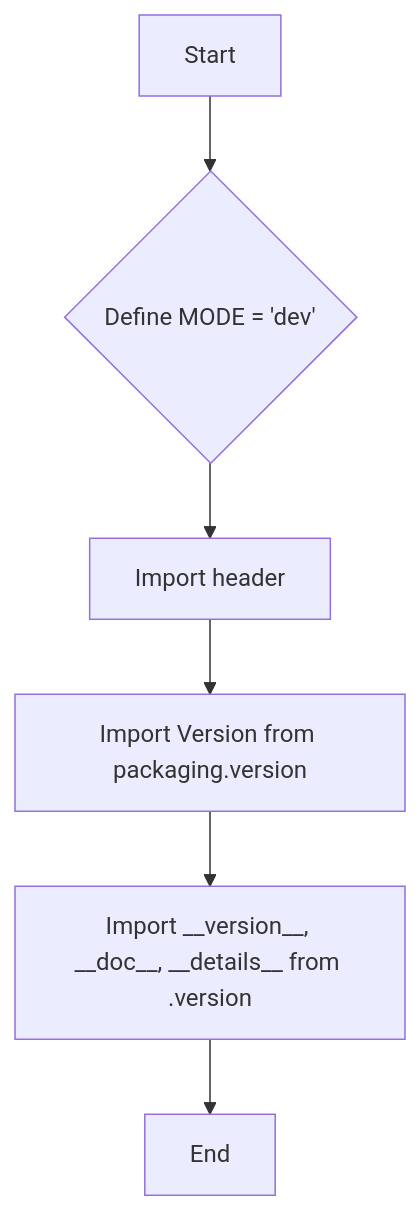
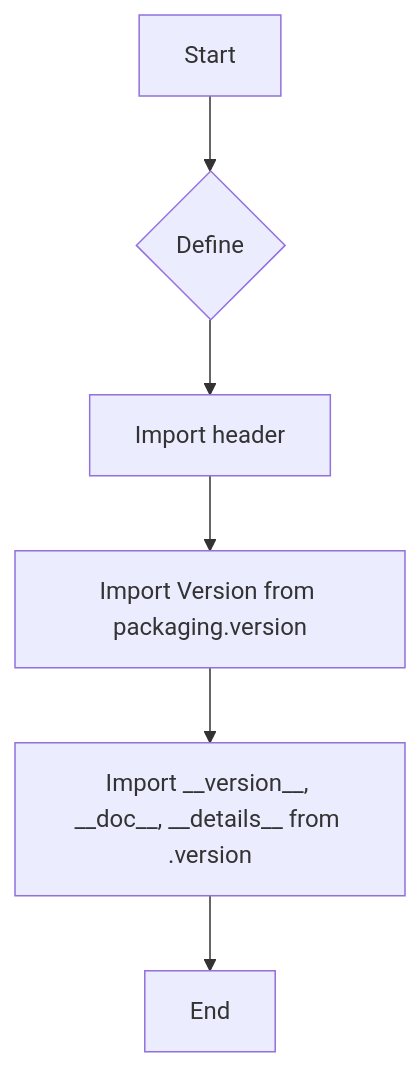
The first of 3 diagrams in docs/gemini/ru/explainer/src/templates/__init__.py.md (hypo69/hypo), drawn with Mermaid before and after one commit. The commit also changed other lines of this file and 6031 other files, not shown here.

````diff
--- a/docs/gemini/ru/explainer/src/templates/__init__.py.md
+++ b/docs/gemini/ru/explainer/src/templates/__init__.py.md
@@ -7,8 +7,8 @@
 ```mermaid
 graph TD
-    A[Start] --> B{Define MODE = 'dev'};
+    A[Start] --> B{Define };
     B --> C[Import header];
     C --> D[Import Version from packaging.version];
     D --> E[Import __version__, __doc__, __details__ from .version];
     E --> F[End];
 ```
````
